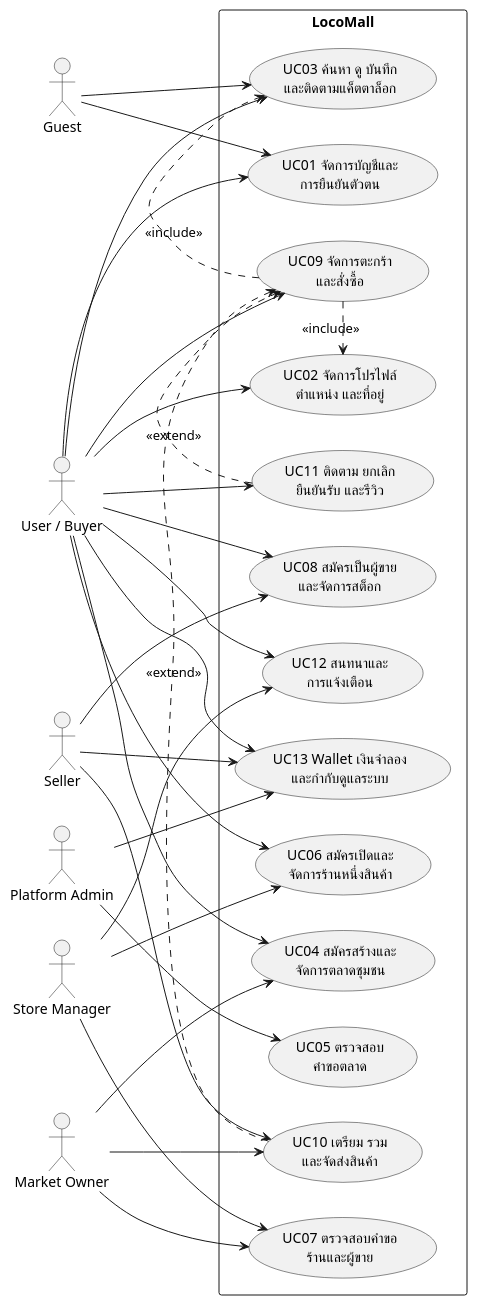
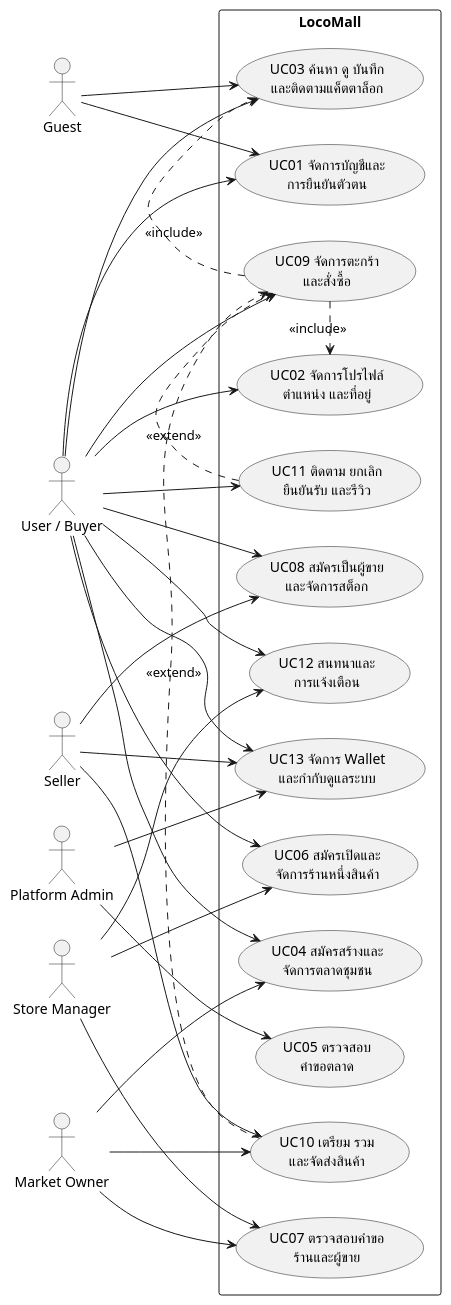
Before and after one commit to MIXThanakorn/locomall: the first of 31 diagrams in docs/chapter-3-analysis-and-design.md, drawn with PlantUML. The commit also changed other lines of this file and 16 other files, not shown here.

````diff
--- a/docs/chapter-3-analysis-and-design.md
+++ b/docs/chapter-3-analysis-and-design.md
@@ -79,57 +79,57 @@
 ```plantuml
 @startuml
 skinparam defaultFontName Tahoma
 left to right direction
 skinparam packageStyle rectangle
 actor Guest
 actor "User / Buyer" as User
 actor Seller
 actor "Store Manager" as Manager
 actor "Market Owner" as Owner
 actor "Platform Admin" as Admin
 
 rectangle "LocoMall" {
   usecase "UC01 จัดการบัญชีและ\nการยืนยันตัวตน" as UC01
   usecase "UC02 จัดการโปรไฟล์\nตำแหน่ง และที่อยู่" as UC02
   usecase "UC03 ค้นหา ดู บันทึก\nและติดตามแค็ตตาล็อก" as UC03
   usecase "UC04 สมัครสร้างและ\nจัดการตลาดชุมชน" as UC04
   usecase "UC05 ตรวจสอบ\nคำขอตลาด" as UC05
   usecase "UC06 สมัครเปิดและ\nจัดการร้านหนึ่งสินค้า" as UC06
   usecase "UC07 ตรวจสอบคำขอ\nร้านและผู้ขาย" as UC07
   usecase "UC08 สมัครเป็นผู้ขาย\nและจัดการสต็อก" as UC08
   usecase "UC09 จัดการตะกร้า\nและสั่งซื้อ" as UC09
   usecase "UC10 เตรียม รวม\nและจัดส่งสินค้า" as UC10
   usecase "UC11 ติดตาม ยกเลิก\nยืนยันรับ และรีวิว" as UC11
   usecase "UC12 สนทนาและ\nการแจ้งเตือน" as UC12
-  usecase "UC13 Wallet เงินจำลอง\nและกำกับดูแลระบบ" as UC13
+  usecase "UC13 จัดการ Wallet\nและกำกับดูแลระบบ" as UC13
 }
 
 Guest --> UC01
 Guest --> UC03
 User --> UC01
 User --> UC02
 User --> UC03
 User --> UC04
 User --> UC06
 User --> UC08
 User --> UC09
 User --> UC11
 User --> UC12
 User --> UC13
 Seller --> UC08
 Seller --> UC10
 Seller --> UC13
 Manager --> UC06
 Manager --> UC07
 Manager --> UC12
 Owner --> UC04
 Owner --> UC07
 Owner --> UC10
 Admin --> UC05
 Admin --> UC13
 UC09 .> UC02 : <<include>>
 UC09 .> UC03 : <<include>>
 UC11 .> UC09 : <<extend>>
 UC10 .> UC09 : <<extend>>
 @enduml
 ```
````
